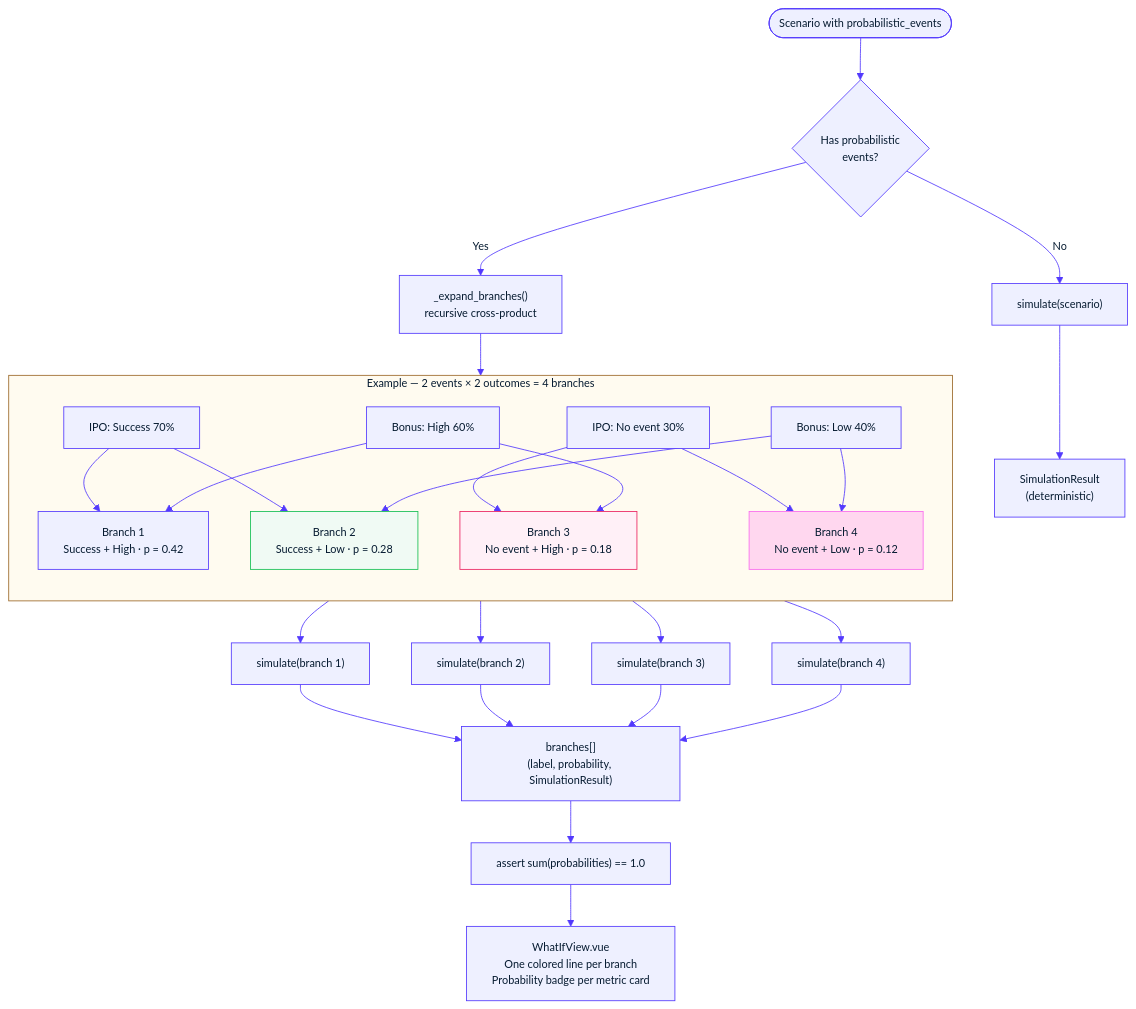
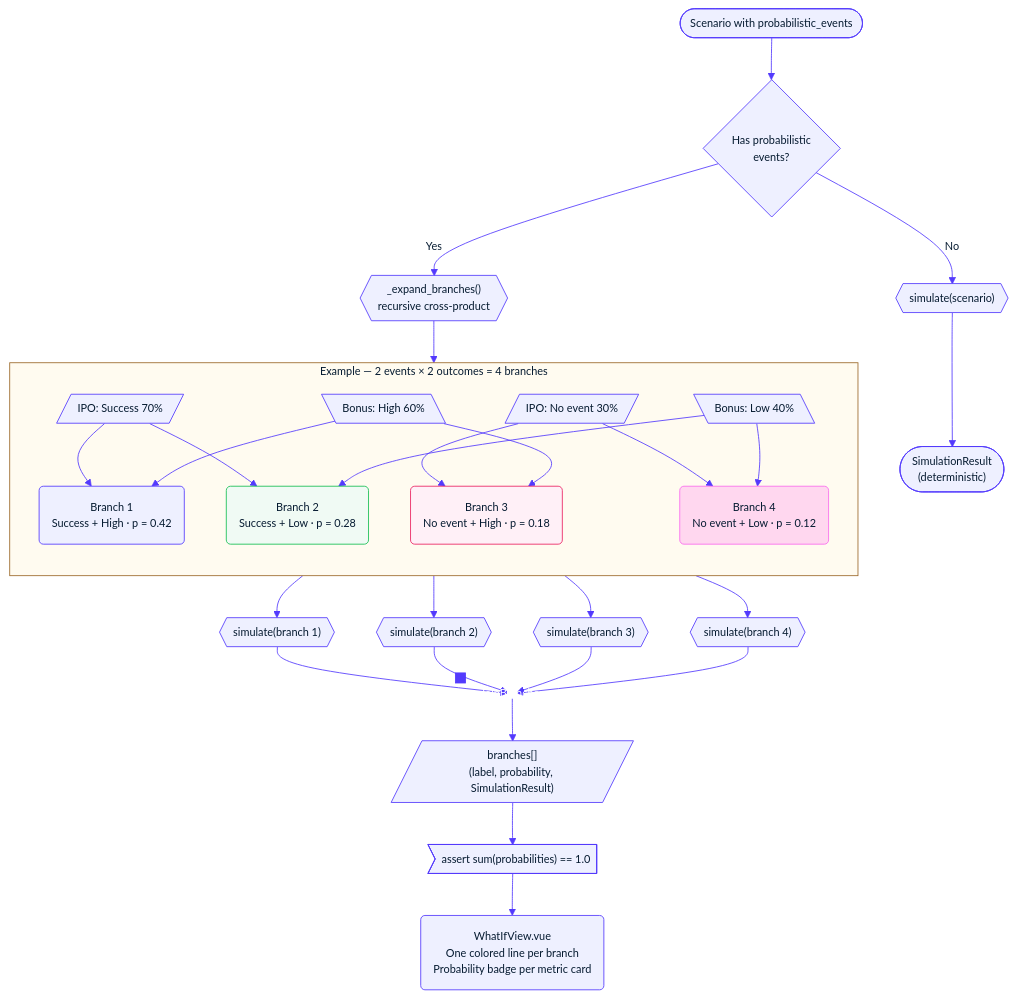
One commit to alonfel/finance-planner changed the seventh of 7 diagrams in DIAGRAMS.md. Above: the diagram before and after it, drawn with Mermaid. The commit also changed other lines of this file, not shown here.

First line of the commit message:
docs: diversify Mermaid shapes + fix client flow + fork/join nodes

````diff
--- a/DIAGRAMS.md
+++ b/DIAGRAMS.md
@@ -492,63 +556,65 @@
 ```mermaid
 %%{init: {
   "theme": "base",
   "themeVariables": {
     "background": "#ffffff",
     "primaryColor": "#eef0ff",
     "primaryTextColor": "#061b31",
     "primaryBorderColor": "#533afd",
     "lineColor": "#533afd",
     "secondaryColor": "#f6f9fc",
     "edgeLabelBackground": "#ffffff",
     "clusterBkg": "#fffbf0",
     "clusterBorder": "#b9b9f9",
     "fontFamily": "ui-monospace, monospace",
     "fontSize": "13px"
   }
 }}%%
 flowchart TD
     Input(["Scenario with probabilistic_events"])
 
     Input --> Check{Has probabilistic\nevents?}
 
-    Check -->|No| Single["simulate(scenario)"]
-    Single --> SingleOut["SimulationResult\n(deterministic)"]
+    Check -->|No| Single{{"simulate(scenario)"}}
+    Single --> SingleOut(["SimulationResult\n(deterministic)"])
 
-    Check -->|Yes| Expand["_expand_branches()\nrecursive cross-product"]
+    Check -->|Yes| Expand{{"_expand_branches()\nrecursive cross-product"}}
 
     subgraph CrossProduct["Example — 2 events × 2 outcomes = 4 branches"]
         direction TB
-        IPO_Y["IPO: Success  70%"]
-        IPO_N["IPO: No event  30%"]
-        BON_H["Bonus: High  60%"]
-        BON_L["Bonus: Low  40%"]
+        IPO_Y[/"IPO: Success  70%"/]
+        IPO_N[/"IPO: No event  30%"/]
+        BON_H[\"Bonus: High  60%"\]
+        BON_L[\"Bonus: Low  40%"\]
 
-        B1["Branch 1\nSuccess + High  ·  p = 0.42"]
-        B2["Branch 2\nSuccess + Low   ·  p = 0.28"]
-        B3["Branch 3\nNo event + High ·  p = 0.18"]
-        B4["Branch 4\nNo event + Low  ·  p = 0.12"]
+        B1("Branch 1\nSuccess + High  ·  p = 0.42")
+        B2("Branch 2\nSuccess + Low   ·  p = 0.28")
+        B3("Branch 3\nNo event + High ·  p = 0.18")
+        B4("Branch 4\nNo event + Low  ·  p = 0.12")
 
         IPO_Y --> B1 & B2
         IPO_N --> B3 & B4
         BON_H --> B1 & B3
         BON_L --> B2 & B4
     end
 
     Expand --> CrossProduct
 
-    B1 --> S1["simulate(branch 1)"]
-    B2 --> S2["simulate(branch 2)"]
-    B3 --> S3["simulate(branch 3)"]
-    B4 --> S4["simulate(branch 4)"]
+    B1 --> S1{{"simulate(branch 1)"}}
+    B2 --> S2{{"simulate(branch 2)"}}
+    B3 --> S3{{"simulate(branch 3)"}}
+    B4 --> S4{{"simulate(branch 4)"}}
 
-    S1 & S2 & S3 & S4 --> Results["branches[]\n(label, probability, SimulationResult)"]
+    S1 & S2 & S3 & S4 --> JoinBranches:::junction
+    JoinBranches --> Results[/"branches[]\n(label, probability, SimulationResult)"/]
+    classDef junction fill:#533afd,stroke:#533afd,color:#fff,width:12px,height:12px
 
-    Results --> Assert["assert sum(probabilities) == 1.0"]
-    Assert --> UI["WhatIfView.vue\nOne colored line per branch\nProbability badge per metric card"]
+    Results --> Assert>"assert sum(probabilities) == 1.0"]
+    Assert --> UI("WhatIfView.vue\nOne colored line per branch\nProbability badge per metric card")
 
     style CrossProduct fill:#fffbf0,stroke:#9b6829,color:#061b31
     style B1 fill:#eef0ff,stroke:#533afd,color:#061b31
     style B2 fill:#f0faf4,stroke:#15be53,color:#061b31
     style B3 fill:#fff0f7,stroke:#ea2261,color:#061b31
     style B4 fill:#ffd7ef,stroke:#f96bee,color:#061b31
 ```
````
